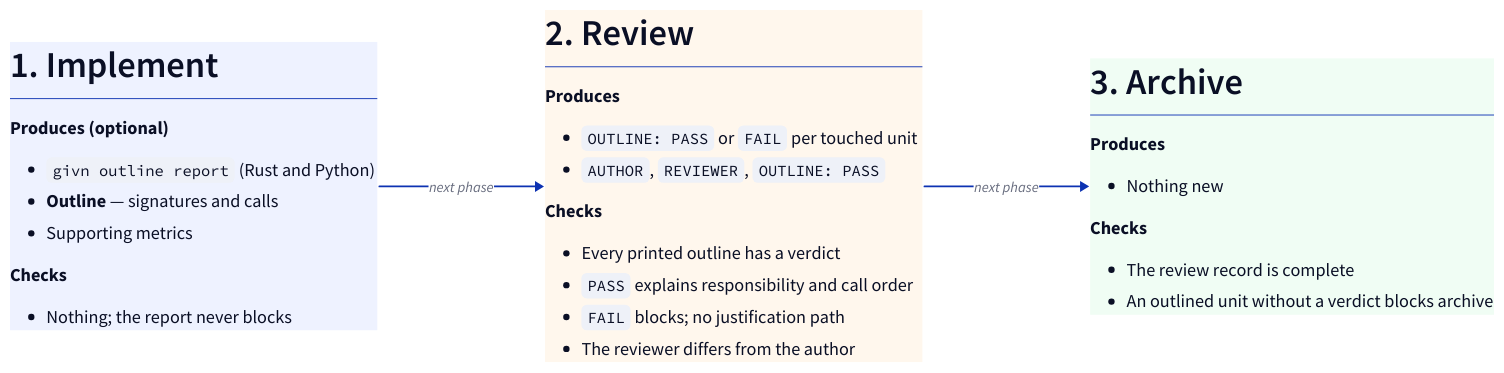
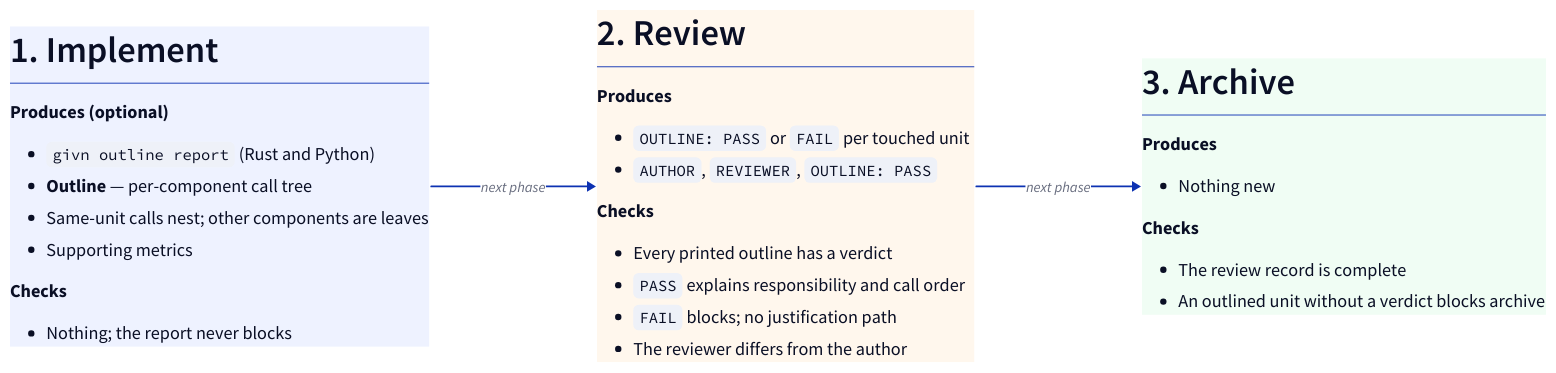
One commit to buster/givn changed the diagram in docs/outline-workflow.d2. Above: the diagram before and after it, drawn with D2. The commit also changed 21 other files, not shown here.

First line of the commit message:
docs(outline): document per-component call trees

```diff
--- a/docs/outline-workflow.d2
+++ b/docs/outline-workflow.d2
@@ -1,63 +1,64 @@
 direction: right
 
 
 implement: |md
   # 1. Implement
 
   **Produces (optional)**
 
   - `givn outline report` (Rust and Python)
-  - **Outline** — signatures and calls
+  - **Outline** — per-component call tree
+  - Same-unit calls nest; other components are leaves
   - Supporting metrics
 
   **Checks**
 
   - Nothing; the report never blocks
 | {
   style.fill: "#eef2ff"
   style.stroke: "#4f46e5"
   style.border-radius: 10
   style.font-size: 20
 }
 
 review: |md
   # 2. Review
 
   **Produces**
 
   - `OUTLINE: PASS` or `FAIL` per touched unit
   - `AUTHOR`, `REVIEWER`, `OUTLINE: PASS`
 
   **Checks**
 
   - Every printed outline has a verdict
   - `PASS` explains responsibility and call order
   - `FAIL` blocks; no justification path
   - The reviewer differs from the author
 | {
   style.fill: "#fff7ed"
   style.stroke: "#ea580c"
   style.border-radius: 10
   style.font-size: 20
 }
 
 archive: |md
   # 3. Archive
 
   **Produces**
 
   - Nothing new
 
   **Checks**
 
   - The review record is complete
   - An outlined unit without a verdict blocks archive
 | {
   style.fill: "#f0fdf4"
   style.stroke: "#16a34a"
   style.border-radius: 10
   style.font-size: 20
 }
 
 implement -> review: "next phase"
 review -> archive: "next phase"
```
